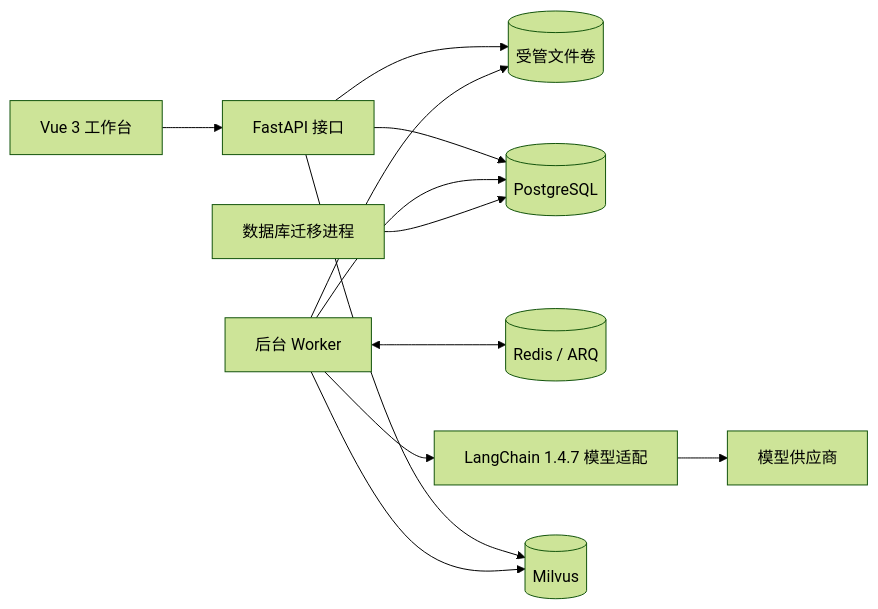
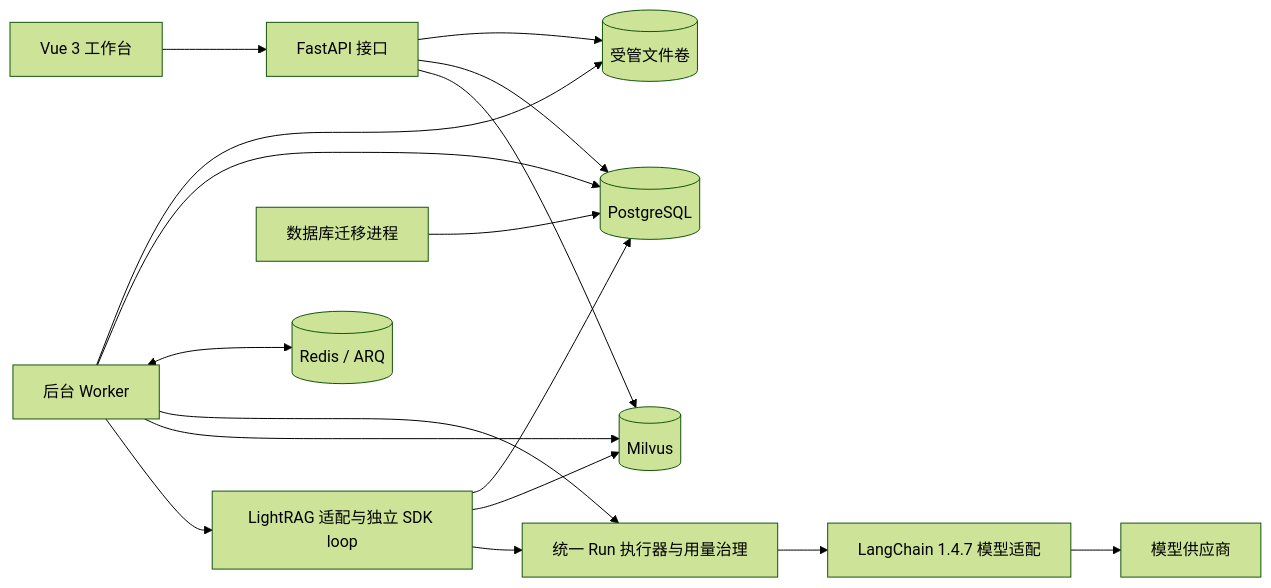
One commit to JINAN-xxx/Zhiheng changed the diagram in README.md. Above: the diagram before and after it, drawn with Mermaid (forest theme). The commit also changed other lines of this file and 2 other files, not shown here.

````diff
--- a/README.md
+++ b/README.md
@@ -38,14 +42,19 @@
 ```mermaid
 flowchart LR
     Web[Vue 3 工作台] --> API[FastAPI 接口]
     API --> Files[(受管文件卷)]
     Worker --> Files
     API --> PG[(PostgreSQL)]
     Worker[后台 Worker] --> PG
     Worker <--> Redis[(Redis / ARQ)]
-    Worker --> Models[LangChain 1.4.7 模型适配]
+    Worker --> Inference[统一 Run 执行器与用量治理]
+    Inference --> Models[LangChain 1.4.7 模型适配]
     Models --> Provider[模型供应商]
     API --> Vector[(Milvus)]
     Worker --> Vector
+    Worker --> Graph[LightRAG 适配与独立 SDK loop]
+    Graph --> PG
+    Graph --> Vector
+    Graph --> Inference
     Migrator[数据库迁移进程] --> PG
 ```
````
